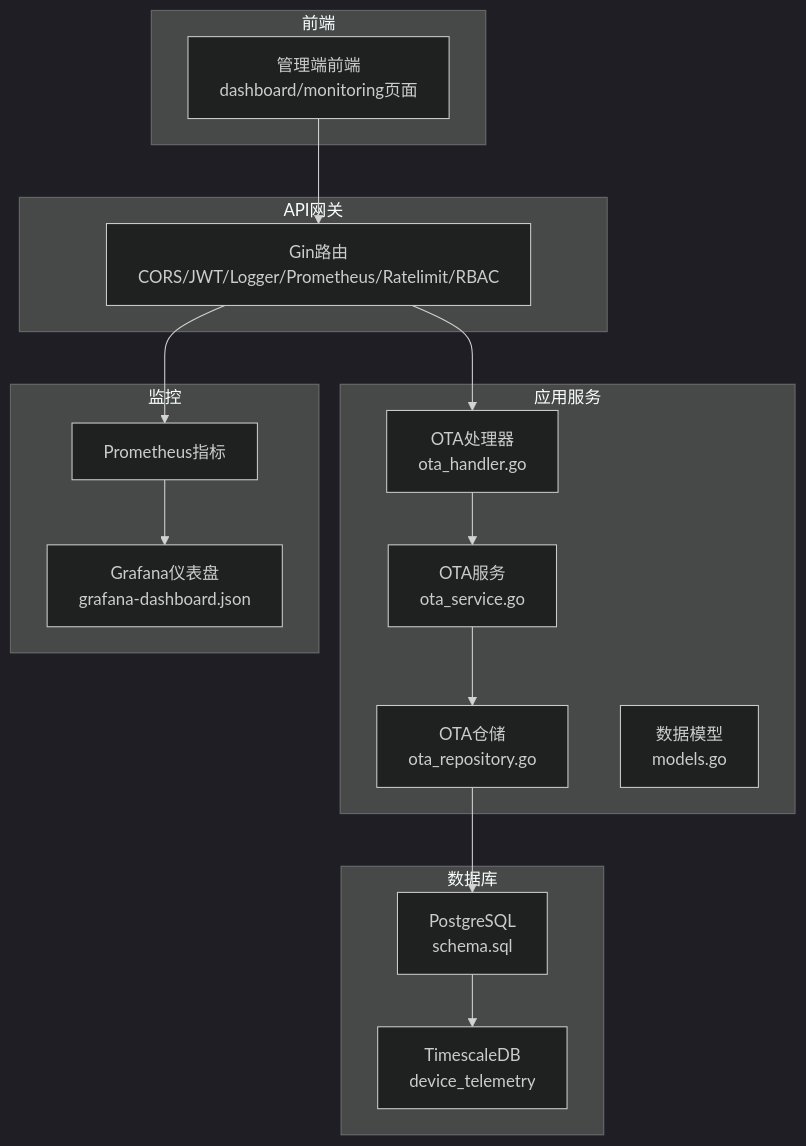
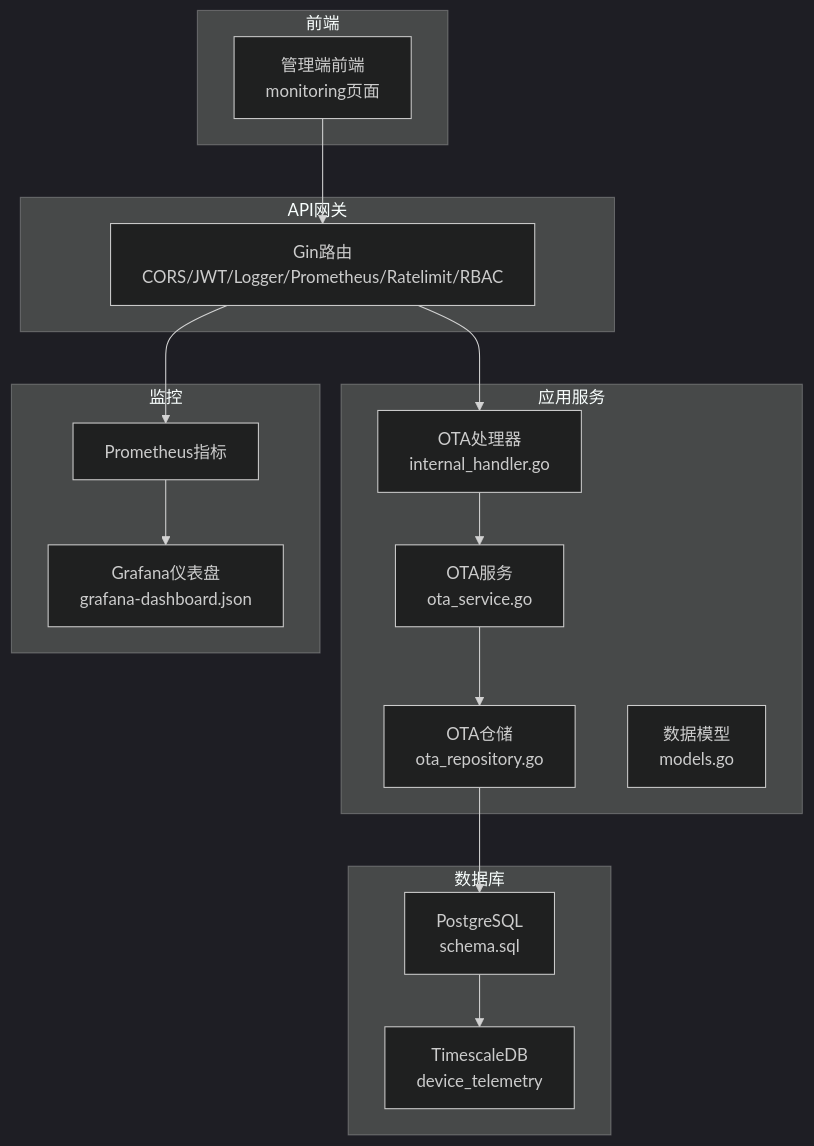
The first of 5 diagrams in .qoder/repowiki/zh/content/OTA升级系统/OTA任务调度/OTA任务监控.md (mcmrzy/cs_inv_monitor-develop), drawn with Mermaid (dark theme) before and after one commit. The commit also changed other lines of this file and 128 other files, not shown here.

````diff
--- a/.qoder/repowiki/zh/content/OTA升级系统/OTA任务调度/OTA任务监控.md
+++ b/.qoder/repowiki/zh/content/OTA升级系统/OTA任务调度/OTA任务监控.md
@@ -37,31 +49,31 @@
 ```mermaid
 graph TB
 subgraph "前端"
-FE["管理端前端<br/>dashboard/monitoring页面"]
+FE["管理端前端<br/>monitoring页面"]
 end
 subgraph "API网关"
 GW["Gin路由<br/>CORS/JWT/Logger/Prometheus/Ratelimit/RBAC"]
 end
 subgraph "应用服务"
-H["OTA处理器<br/>ota_handler.go"]
+H["OTA处理器<br/>internal_handler.go"]
 S["OTA服务<br/>ota_service.go"]
 R["OTA仓储<br/>ota_repository.go"]
 M["数据模型<br/>models.go"]
 end
 subgraph "数据库"
 PG["PostgreSQL<br/>schema.sql"]
 TS["TimescaleDB<br/>device_telemetry"]
 end
 subgraph "监控"
 PM["Prometheus指标"]
 GF["Grafana仪表盘<br/>grafana-dashboard.json"]
 end
 FE --> GW
 GW --> H
 H --> S
 S --> R
 R --> PG
 PG --> TS
 GW --> PM
 PM --> GF
 ```
````
